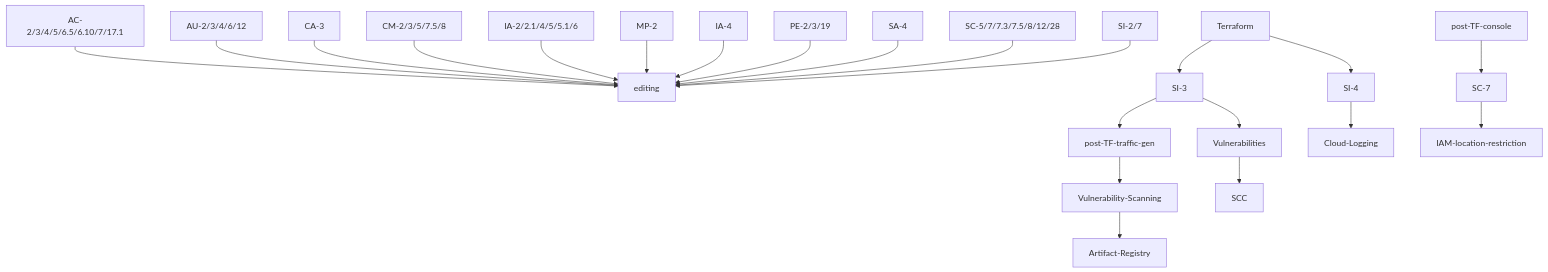
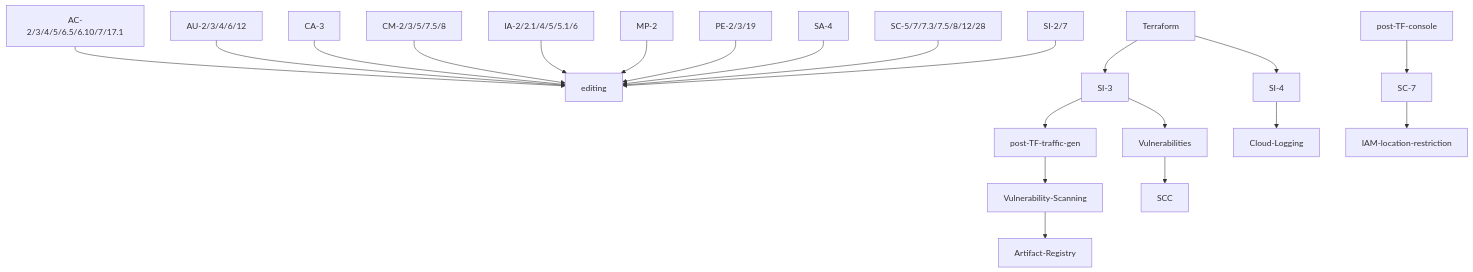
One commit to GoogleCloudPlatform/pbmm-on-gcp-onboarding changed the diagram in docs/google-cloud-security-controls.md. Above: the diagram before and after it, drawn with Mermaid. The commit also changed other lines of this file, not shown here.

````diff
--- a/docs/google-cloud-security-controls.md
+++ b/docs/google-cloud-security-controls.md
@@ -5,30 +5,29 @@
 ```mermaid
 graph TD;
     AC-2/3/4/5/6.5/6.10/7/17.1-->editing;
 
     AU-2/3/4/6/12-->editing;
 
     CA-3-->editing;
     CM-2/3/5/7.5/8-->editing;
 
     IA-2/2.1/4/5/5.1/6-->editing;
     
     MP-2-->editing;
-    IA-4-->editing;
     PE-2/3/19-->editing;
     SA-4-->editing;
     SC-5/7/7.3/7.5/8/12/28-->editing;
     SI-2/7-->editing;
     
     Terraform-->SI-3;
     Terraform-->SI-4;
     SI-3-->post-TF-traffic-gen;
     post-TF-traffic-gen-->Vulnerability-Scanning;
     Vulnerability-Scanning-->Artifact-Registry;
     SI-3-->Vulnerabilities;
     Vulnerabilities-->SCC;
     SI-4-->Cloud-Logging;
     post-TF-console-->SC-7;
     
     SC-7-->IAM-location-restriction;
 ```
````
